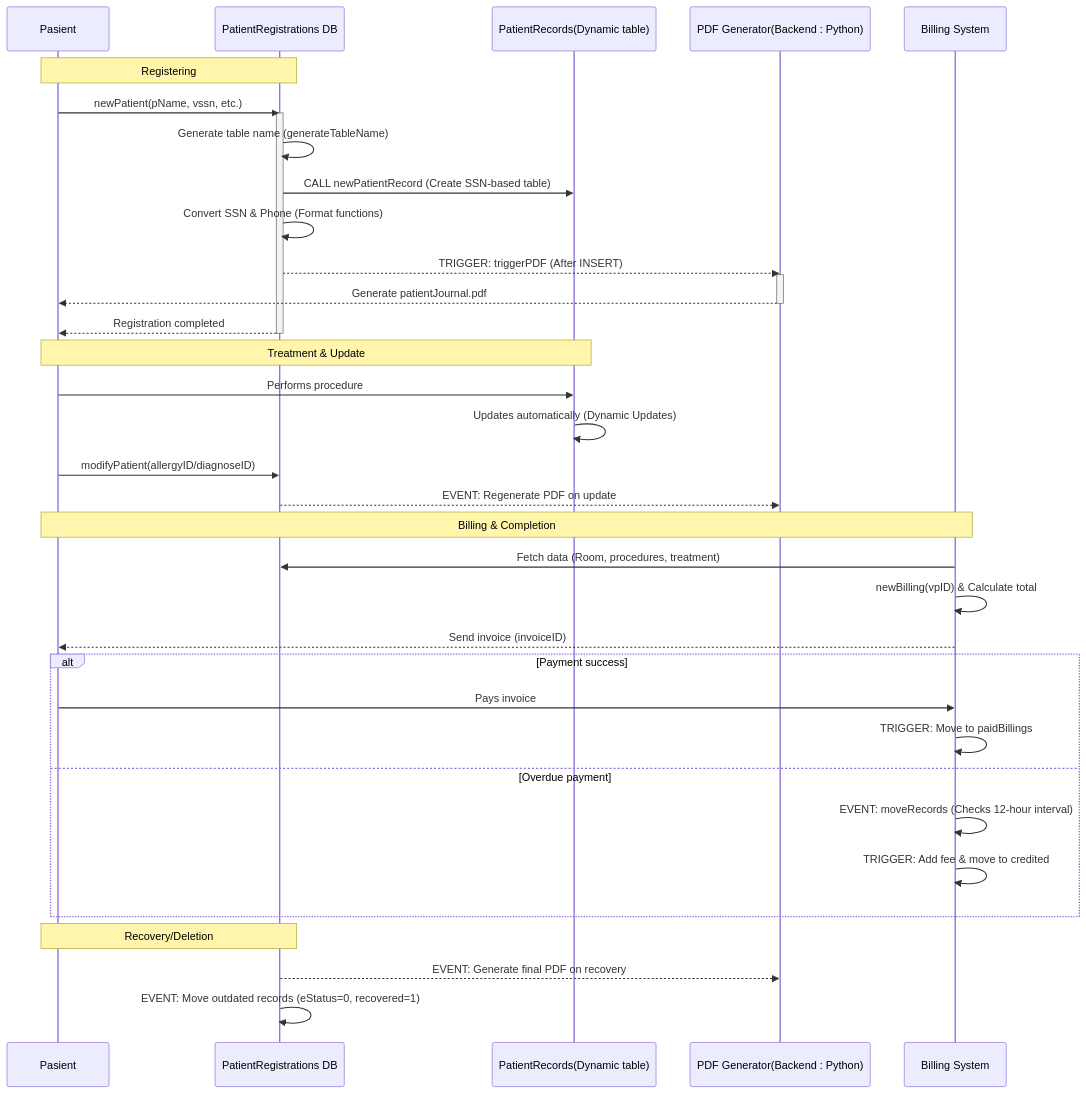
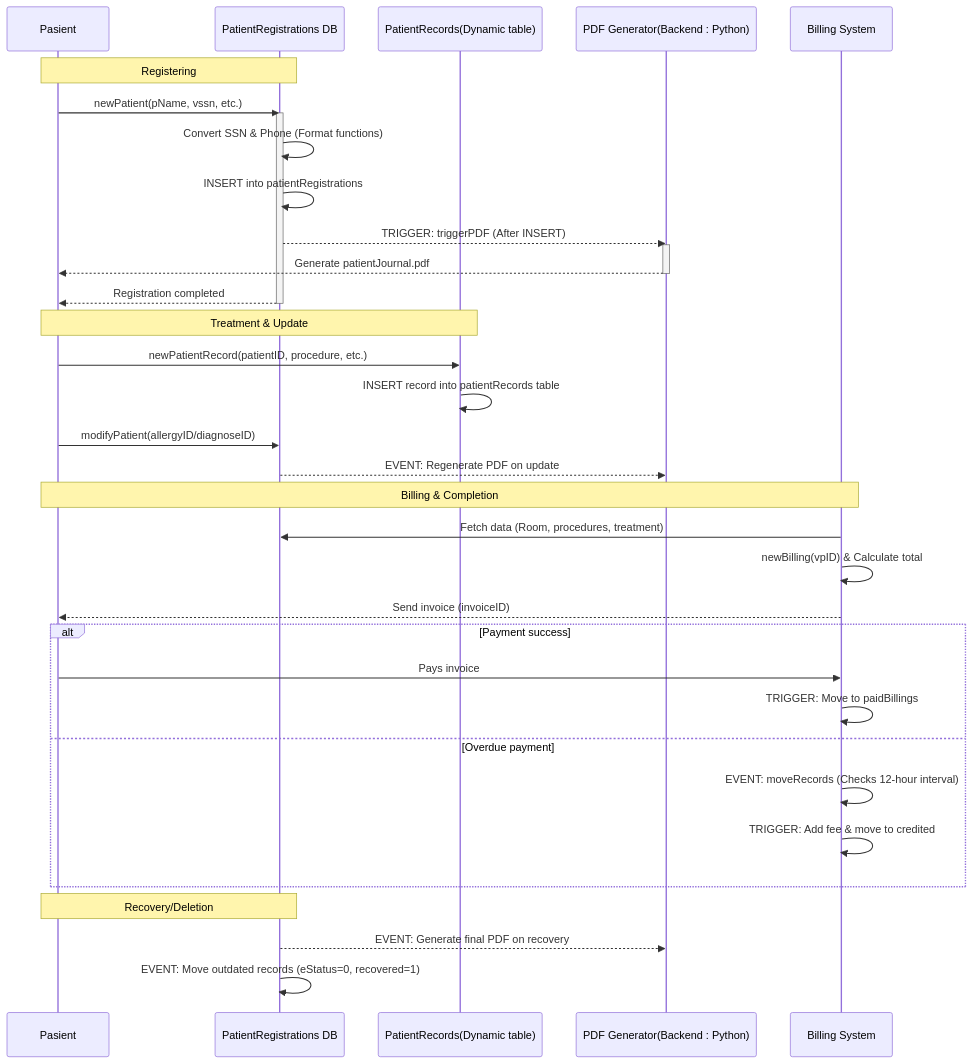
The diagram in patient/docs/patient-sequencediagram.md (krigjo25/database-MedicareSys-mariadb), drawn with Mermaid before and after one commit. The commit also changed 3 other files, not shown here.

````diff
--- a/patient/docs/patient-sequencediagram.md
+++ b/patient/docs/patient-sequencediagram.md
@@ -1,44 +1,43 @@
 ```mermaid
 sequenceDiagram
     participant P as Pasient
     participant DB as PatientRegistrations DB
     participant PR as PatientRecords(Dynamic table)
     participant PDF as PDF Generator(Backend : Python)
     participant B as Billing System
 
     Note over P, DB: Registering
     P->>DB: newPatient(pName, vssn, etc.)
     activate DB
-    DB->>DB: Generate table name (generateTableName)
-    DB->>PR: CALL newPatientRecord (Create SSN-based table)
     DB->>DB: Convert SSN & Phone (Format functions)
+    DB->>DB: INSERT into patientRegistrations
     DB-->>PDF: TRIGGER: triggerPDF (After INSERT)
     activate PDF
     PDF-->>P: Generate patientJournal.pdf
     deactivate PDF
     DB-->>P: Registration completed
     deactivate DB
 
     Note over P, PR: Treatment & Update
-    P->>PR: Performs procedure
-    PR->>PR: Updates automatically (Dynamic Updates)
+    P->>PR: newPatientRecord(patientID, procedure, etc.)
+    PR->>PR: INSERT record into patientRecords table
     P->>DB: modifyPatient(allergyID/diagnoseID)
     DB-->>PDF: EVENT: Regenerate PDF on update
 
     Note over P, B: Billing & Completion
     B->>DB: Fetch data (Room, procedures, treatment)
     B->>B: newBilling(vpID) & Calculate total
     B-->>P: Send invoice (invoiceID)
     
     alt Payment success
         P->>B: Pays invoice
         B->>B: TRIGGER: Move to paidBillings
     else Overdue payment
         B->>B: EVENT: moveRecords (Checks 12-hour interval)
         B->>B: TRIGGER: Add fee & move to credited
     end
 
     Note over P, DB: Recovery/Deletion
     DB-->>PDF: EVENT: Generate final PDF on recovery
     DB->>DB: EVENT: Move outdated records (eStatus=0, recovered=1)
 ```
````
